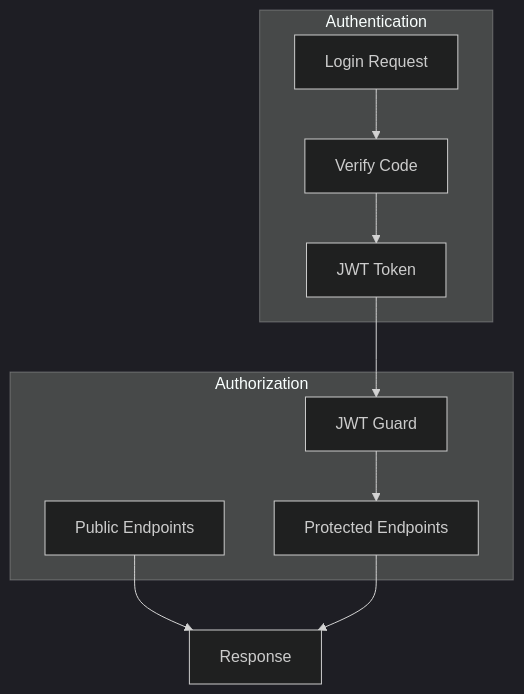
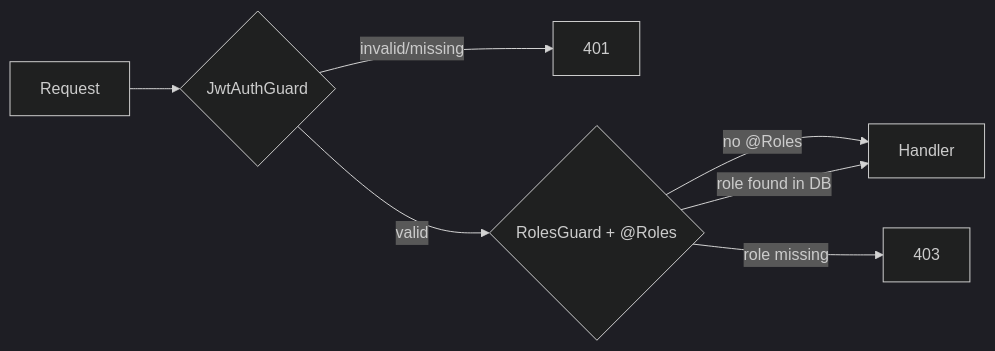
One commit to proyecto26/projectx-api changed the third of 3 diagrams in docs/architecture/README.md. Above: the diagram before and after it, drawn with Mermaid (dark theme). The commit also changed other lines of this file and 567 other files, not shown here.

````diff
--- a/docs/architecture/README.md
+++ b/docs/architecture/README.md
@@ -142,21 +67,9 @@
 ```mermaid
-flowchart TB
-    subgraph Authentication
-        Login[Login Request]
-        Verify[Verify Code]
-        JWT[JWT Token]
-    end
-
-    subgraph Authorization
-        Guard[JWT Guard]
-        Public[Public Endpoints]
-        Protected[Protected Endpoints]
-    end
-
-    Login --> Verify
-    Verify --> JWT
-    JWT --> Guard
-    Guard --> Protected
-    Public --> Response[Response]
-    Protected --> Response
+flowchart LR
+    Req[Request] --> JWT{JwtAuthGuard}
+    JWT -- invalid/missing --> R401[401]
+    JWT -- valid --> Roles{RolesGuard + @Roles}
+    Roles -- no @Roles --> OK[Handler]
+    Roles -- role found in DB --> OK
+    Roles -- role missing --> R403[403]
 ```
````
